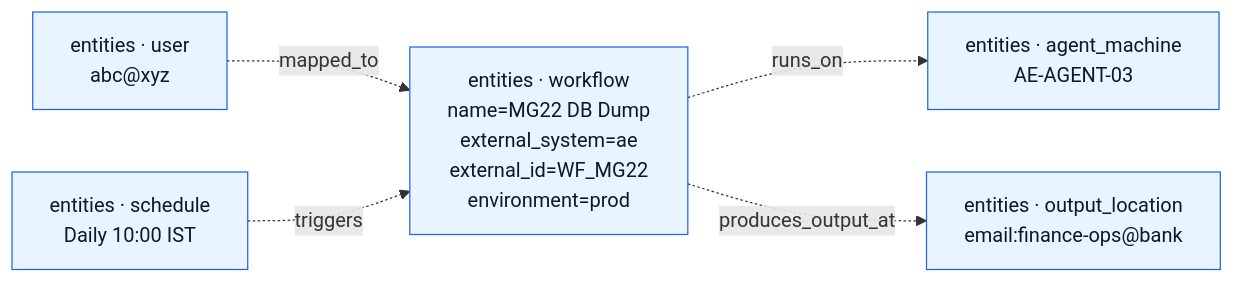
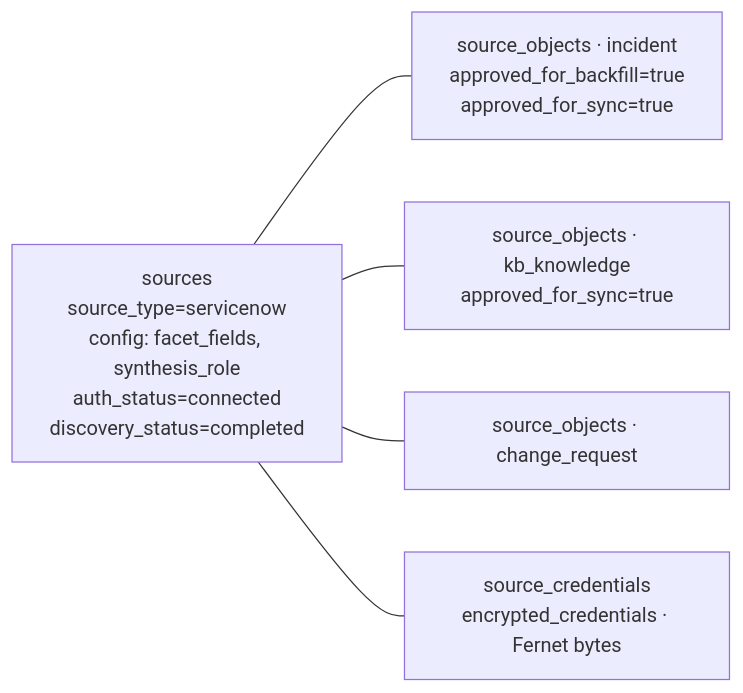
The second of 22 diagrams in docs/CONTEXT_GRAPH_WALKTHROUGH.md (Valuedx/ContextEdge), drawn with Mermaid before and after one commit. The commit also changed other lines of this file and 48 other files, not shown here.

````diff
--- a/docs/CONTEXT_GRAPH_WALKTHROUGH.md
+++ b/docs/CONTEXT_GRAPH_WALKTHROUGH.md
@@ -43,16 +64,13 @@
 ```mermaid
 graph LR
-  WF[entities · workflow<br/>name=MG22 DB Dump<br/>external_system=ae<br/>external_id=WF_MG22<br/>environment=prod]
-  AG[entities · agent_machine<br/>AE-AGENT-03]
-  SCH[entities · schedule<br/>Daily 10#58;00 IST]
-  OUT[entities · output_location<br/>email#58;finance-ops@bank]
-  USR[entities · user<br/>abc@xyz]
+  SRC[sources<br/>source_type=servicenow<br/>config: facet_fields, synthesis_role<br/>auth_status=connected<br/>discovery_status=completed]
+  SO1[source_objects · incident<br/>approved_for_backfill=true<br/>approved_for_sync=true]
+  SO2[source_objects · kb_knowledge<br/>approved_for_sync=true]
+  SO3[source_objects · change_request]
+  CRED[source_credentials<br/>encrypted_credentials · Fernet bytes]
 
-  USR -. mapped_to .-> WF
-  WF -. runs_on .-> AG
-  WF -. produces_output_at .-> OUT
-  SCH -. triggers .-> WF
-
-  classDef new fill:#e8f4ff,stroke:#2563eb,color:#0f172a;
-  class WF,AG,SCH,OUT,USR new;
+  SRC --- SO1
+  SRC --- SO2
+  SRC --- SO3
+  SRC --- CRED
 ```
````
